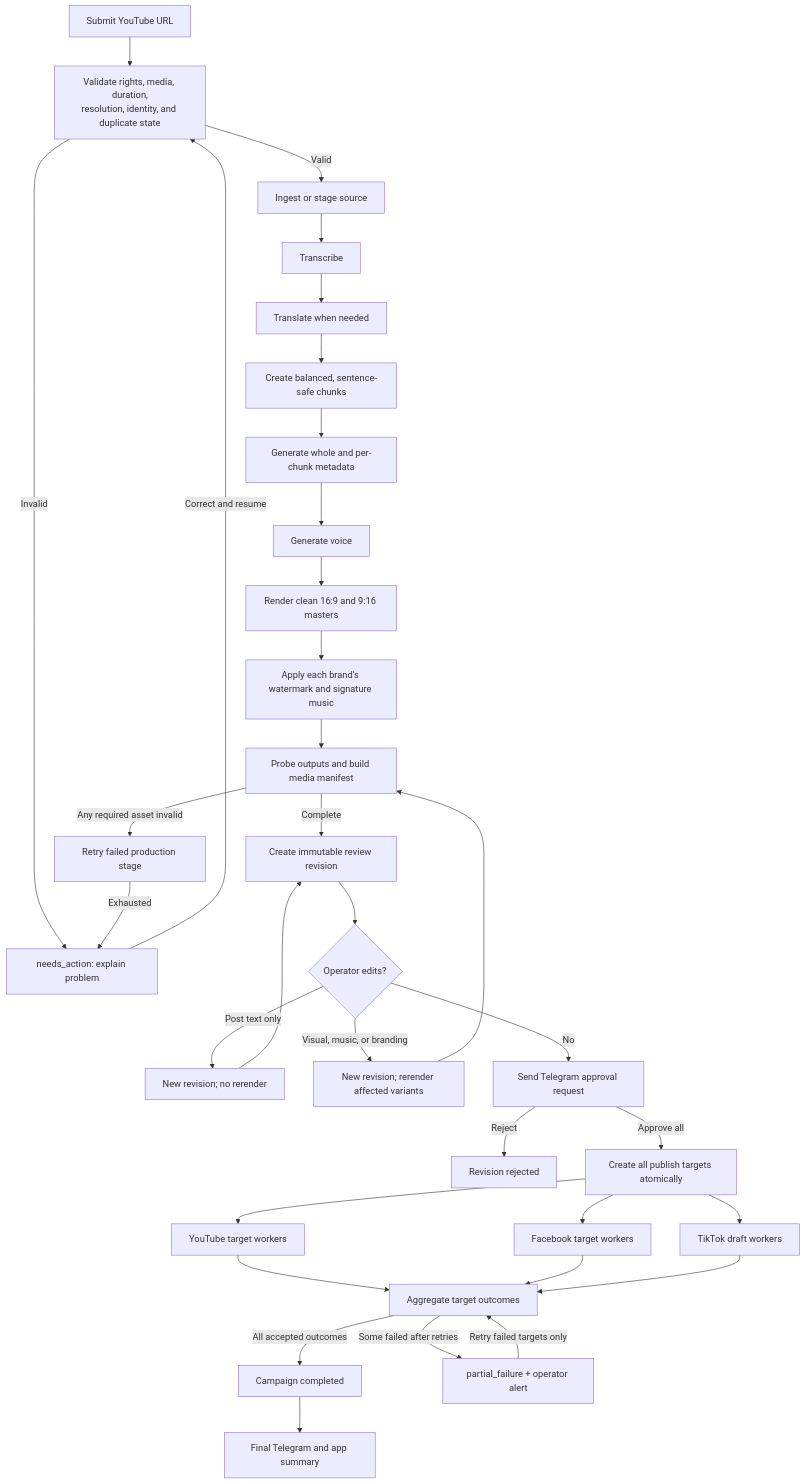
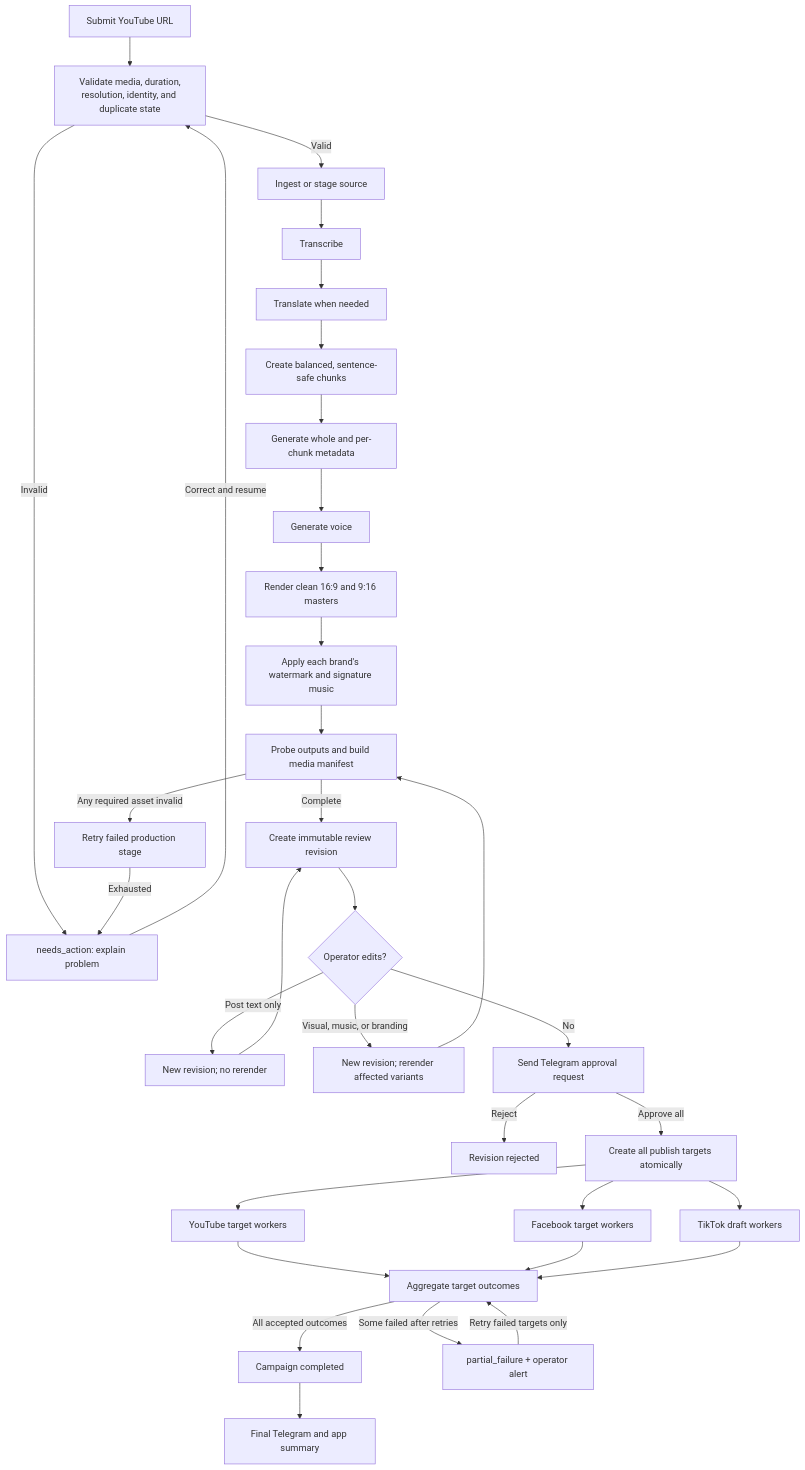
Before and after one commit to quyen244/free-scheduler: the second of 8 diagrams in reports/reup-pipeline-lifecycle.md, drawn with Mermaid. The commit also changed other lines of this file and 44 other files, not shown here.

```diff
--- a/reports/reup-pipeline-lifecycle.md
+++ b/reports/reup-pipeline-lifecycle.md
@@ -97,36 +97,36 @@
 ~~~mermaid
 flowchart TD
-    S[Submit YouTube URL] --> V[Validate rights, media, duration,<br/>resolution, identity, and duplicate state]
+    S[Submit YouTube URL] --> V[Validate media, duration,<br/>resolution, identity, and duplicate state]
     V -->|Invalid| NA[needs_action: explain problem]
     NA -->|Correct and resume| V
     V -->|Valid| I[Ingest or stage source]
     I --> TR[Transcribe]
     TR --> TL[Translate when needed]
     TL --> CH[Create balanced, sentence-safe chunks]
     CH --> MD[Generate whole and per-chunk metadata]
     MD --> VO[Generate voice]
     VO --> CM[Render clean 16:9 and 9:16 masters]
     CM --> BV[Apply each brand's watermark and signature music]
     BV --> MF[Probe outputs and build media manifest]
     MF -->|Any required asset invalid| PF[Retry failed production stage]
     PF -->|Exhausted| NA
     MF -->|Complete| RV[Create immutable review revision]
     RV --> ED{Operator edits?}
     ED -->|Post text only| NR[New revision; no rerender]
     ED -->|Visual, music, or branding| RR[New revision; rerender affected variants]
     NR --> RV
     RR --> MF
     ED -->|No| AR[Send Telegram approval request]
     AR -->|Reject| RJ[Revision rejected]
     AR -->|Approve all| Q[Create all publish targets atomically]
     Q --> PY[YouTube target workers]
     Q --> PFb[Facebook target workers]
     Q --> PT[TikTok draft workers]
     PY --> AG[Aggregate target outcomes]
     PFb --> AG
     PT --> AG
     AG -->|All accepted outcomes| DONE[Campaign completed]
     AG -->|Some failed after retries| PART[partial_failure + operator alert]
     PART -->|Retry failed targets only| AG
     DONE --> SUM[Final Telegram and app summary]
 ~~~
```
